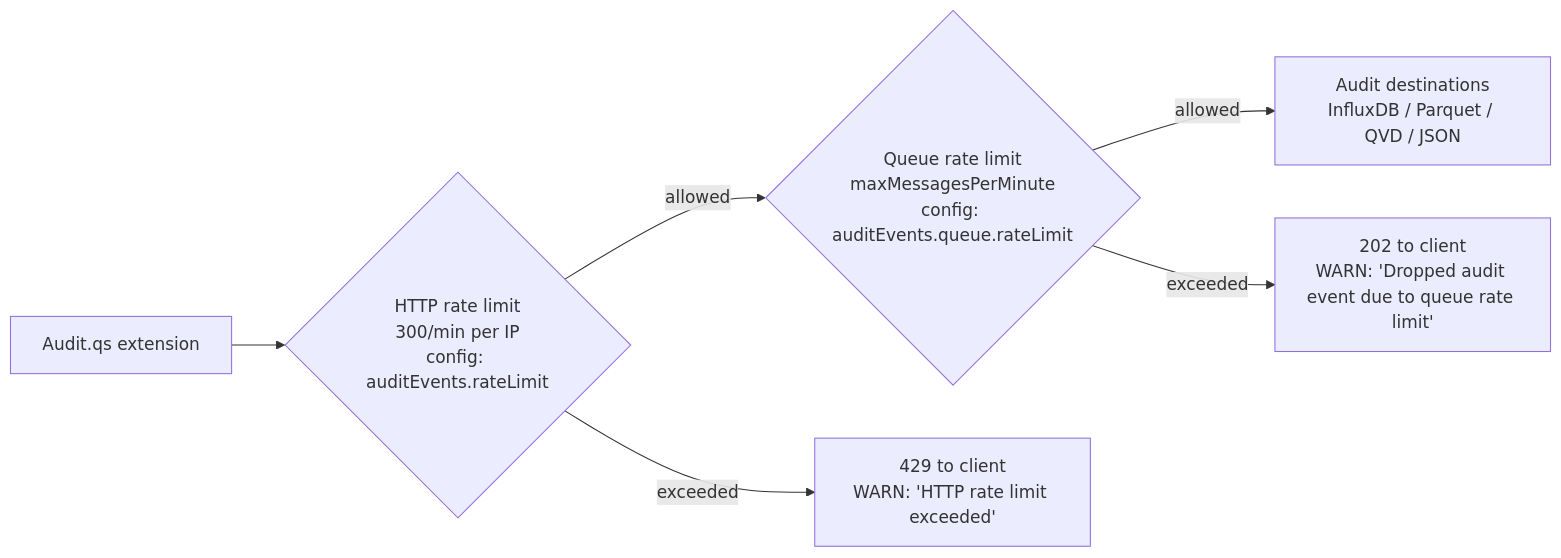
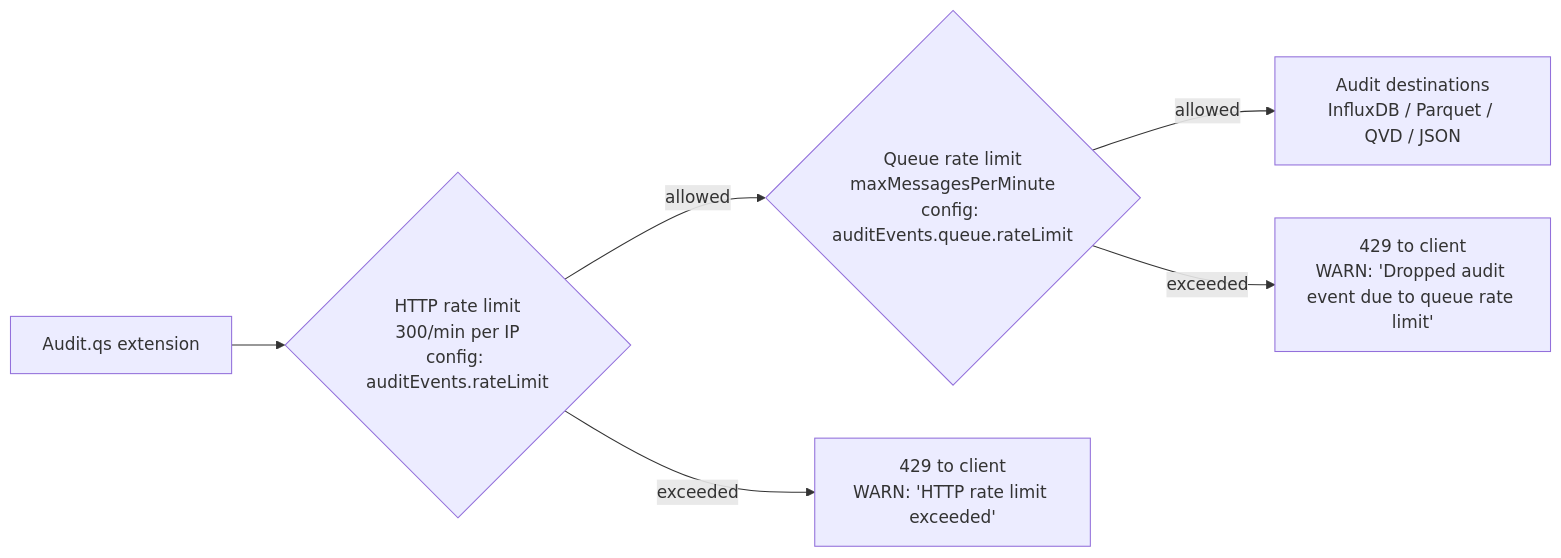
One commit to ptarmiganlabs/butler-sos changed the fourth of 4 diagrams in docs/to-doc-site/audit-api-rate-limiting.md. Above: the diagram before and after it, drawn with Mermaid.

Commit message:
Potential fix for pull request finding

````diff
--- a/docs/to-doc-site/audit-api-rate-limiting.md
+++ b/docs/to-doc-site/audit-api-rate-limiting.md
@@ -241,8 +241,8 @@
 ```mermaid
 flowchart LR
     C[Audit.qs extension] --> H{HTTP rate limit<br/>300/min per IP<br/>config: auditEvents.rateLimit}
     H -- allowed --> Q{Queue rate limit<br/>maxMessagesPerMinute<br/>config: auditEvents.queue.rateLimit}
     H -- exceeded --> X1[429 to client<br/>WARN: 'HTTP rate limit exceeded']
     Q -- allowed --> D[Audit destinations<br/>InfluxDB / Parquet / QVD / JSON]
-    Q -- exceeded --> X2[202 to client<br/>WARN: 'Dropped audit event due to queue rate limit']
+    Q -- exceeded --> X2[429 to client<br/>WARN: 'Dropped audit event due to queue rate limit']
 ```
````
